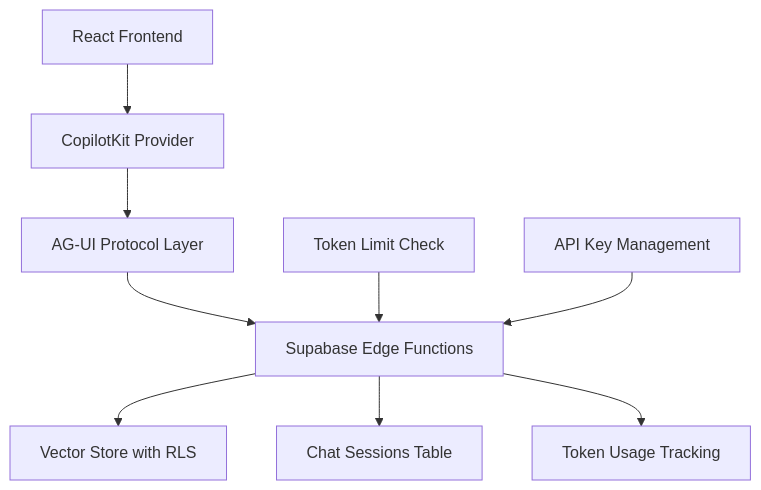
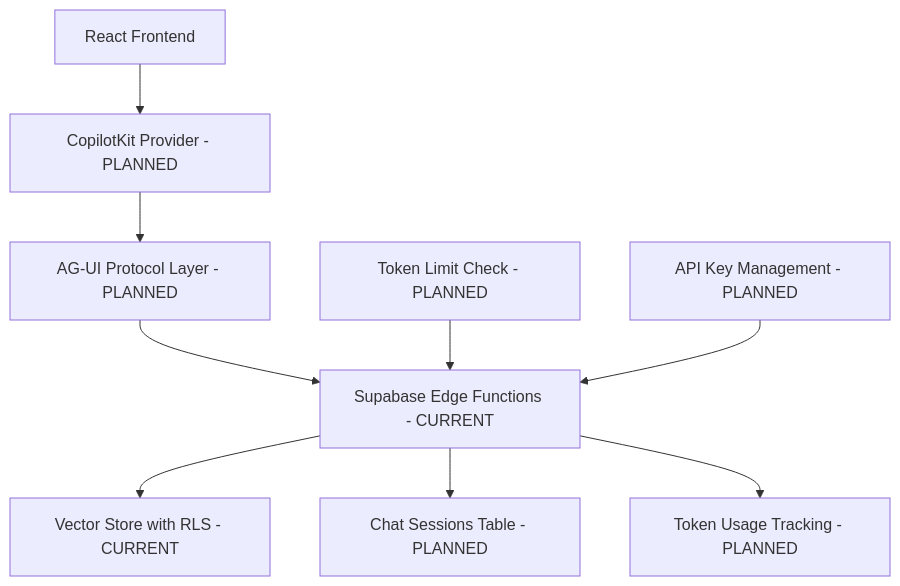
Before and after one commit to demigod97/hhpolicy-ai: the second of 2 diagrams in docs/architecture/high-level-architecture.md, drawn with Mermaid. The commit also changed other lines of this file and 105 other files, not shown here.

````diff
--- a/docs/architecture/high-level-architecture.md
+++ b/docs/architecture/high-level-architecture.md
@@ -68,12 +86,12 @@
 ```mermaid
 graph TD
-    A[React Frontend] --> B[CopilotKit Provider]
-    B --> C[AG-UI Protocol Layer]
-    C --> D[Supabase Edge Functions]
-    D --> E[Vector Store with RLS]
-    D --> F[Chat Sessions Table]
-    D --> G[Token Usage Tracking]
-    
-    H[Token Limit Check] --> D
-    I[API Key Management] --> D
+    A[React Frontend] --> B[CopilotKit Provider - PLANNED]
+    B --> C[AG-UI Protocol Layer - PLANNED]
+    C --> D[Supabase Edge Functions - CURRENT]
+    D --> E[Vector Store with RLS - CURRENT]
+    D --> F[Chat Sessions Table - PLANNED]
+    D --> G[Token Usage Tracking - PLANNED]
+
+    H[Token Limit Check - PLANNED] --> D
+    I[API Key Management - PLANNED] --> D
 ```
````
